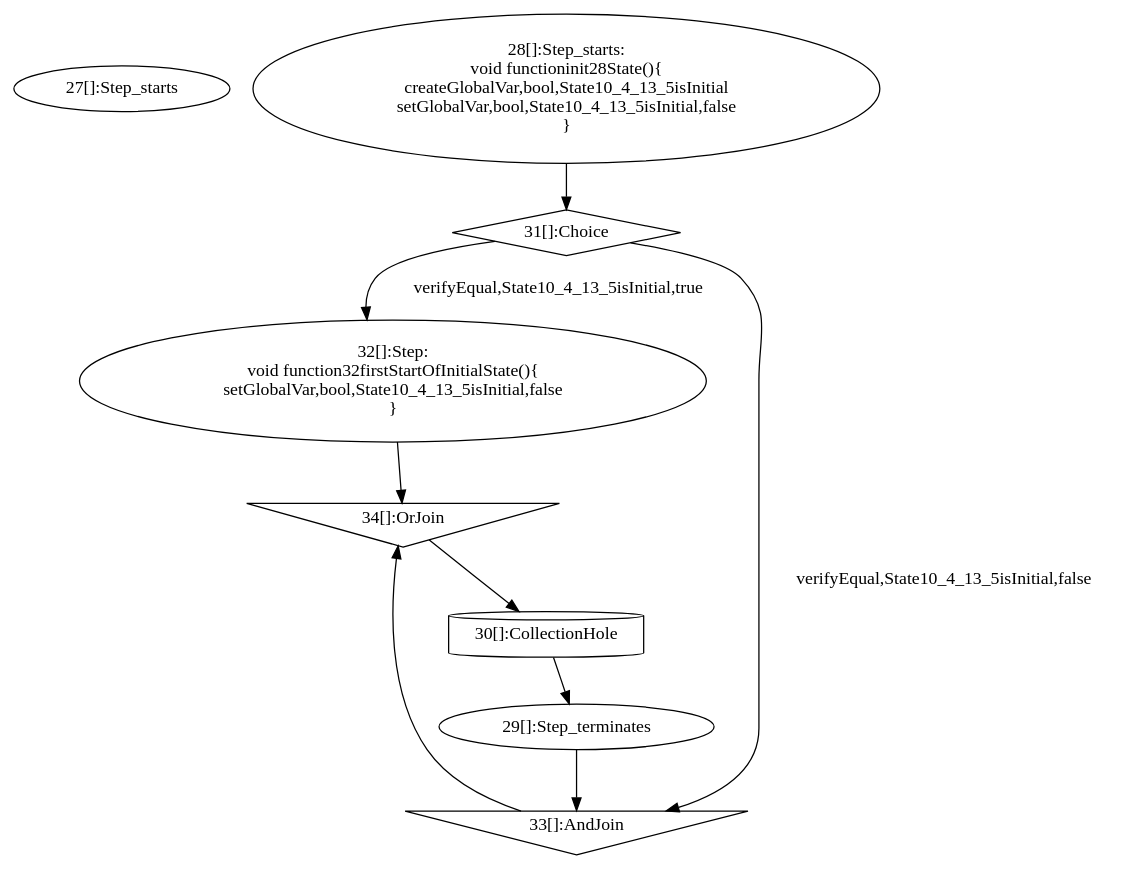
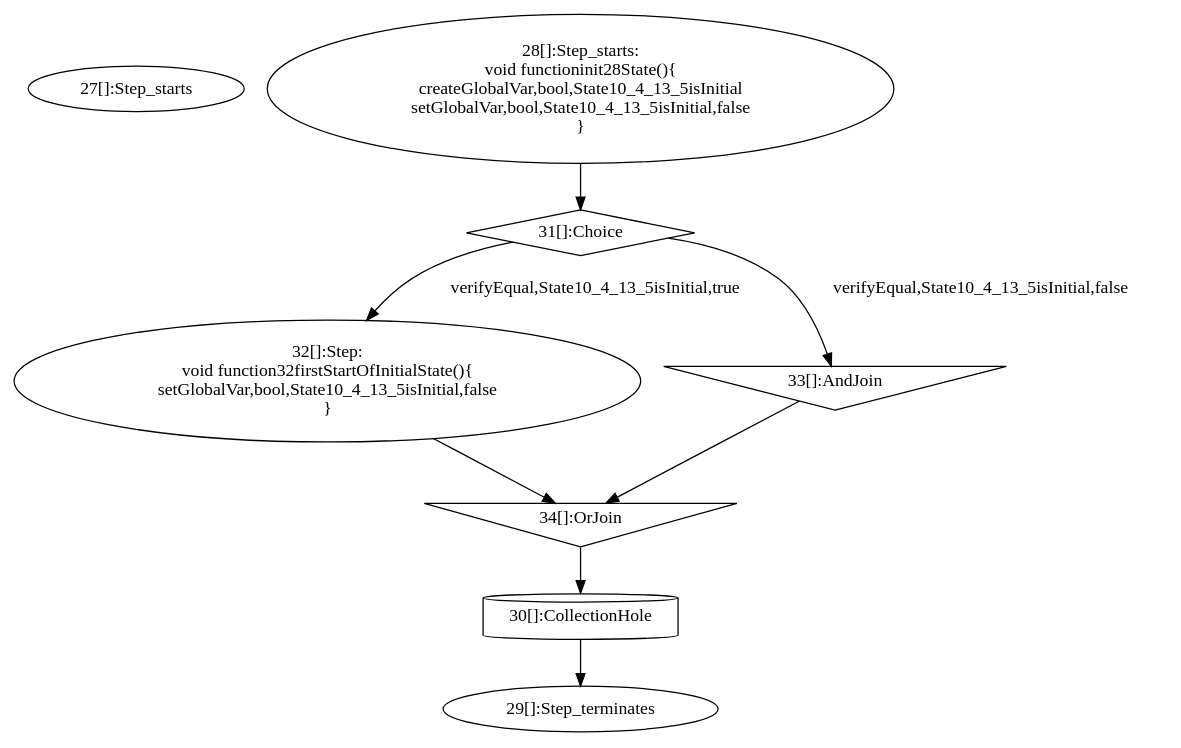
The diagram in examples/programs/generated/localCCFGs/localCCFGinit28State.dot (jdeantoni/TCOS.lang), drawn with Graphviz before and after one commit. The commit also changed 64 other files, not shown here.

```diff
--- a/examples/programs/generated/localCCFGs/localCCFGinit28State.dot
+++ b/examples/programs/generated/localCCFGs/localCCFGinit28State.dot
@@ -1,25 +1,24 @@
 digraph G {
   "27" [label="27[]:Step_starts" shape="ellipse" ];
   "28" [label="28[]:Step_starts:
 void functioninit28State(){
 createGlobalVar,bool,State10_4_13_5isInitial
 setGlobalVar,bool,State10_4_13_5isInitial,false
 }" shape="ellipse" ];
   "29" [label="29[]:Step_terminates" shape="ellipse" ];
   "30" [label="30[]:CollectionHole" shape="cylinder" ];
   "31" [label="31[]:Choice" shape="diamond" ];
   "32" [label="32[]:Step:
 void function32firstStartOfInitialState(){
 setGlobalVar,bool,State10_4_13_5isInitial,false
 }" shape="ellipse" ];
   "33" [label="33[]:AndJoin" shape="invtriangle" ];
   "34" [label="34[]:OrJoin" shape="invtriangle" ];
   "28" -> "31" [label=""];
   "31" -> "32" [label="verifyEqual,State10_4_13_5isInitial,true"];
   "32" -> "34" [label=""];
   "31" -> "33" [label="verifyEqual,State10_4_13_5isInitial,false"];
-  "29" -> "33" [label=""];
   "33" -> "34" [label=""];
   "34" -> "30" [label=""];
   "30" -> "29" [label=""];
 }
```
